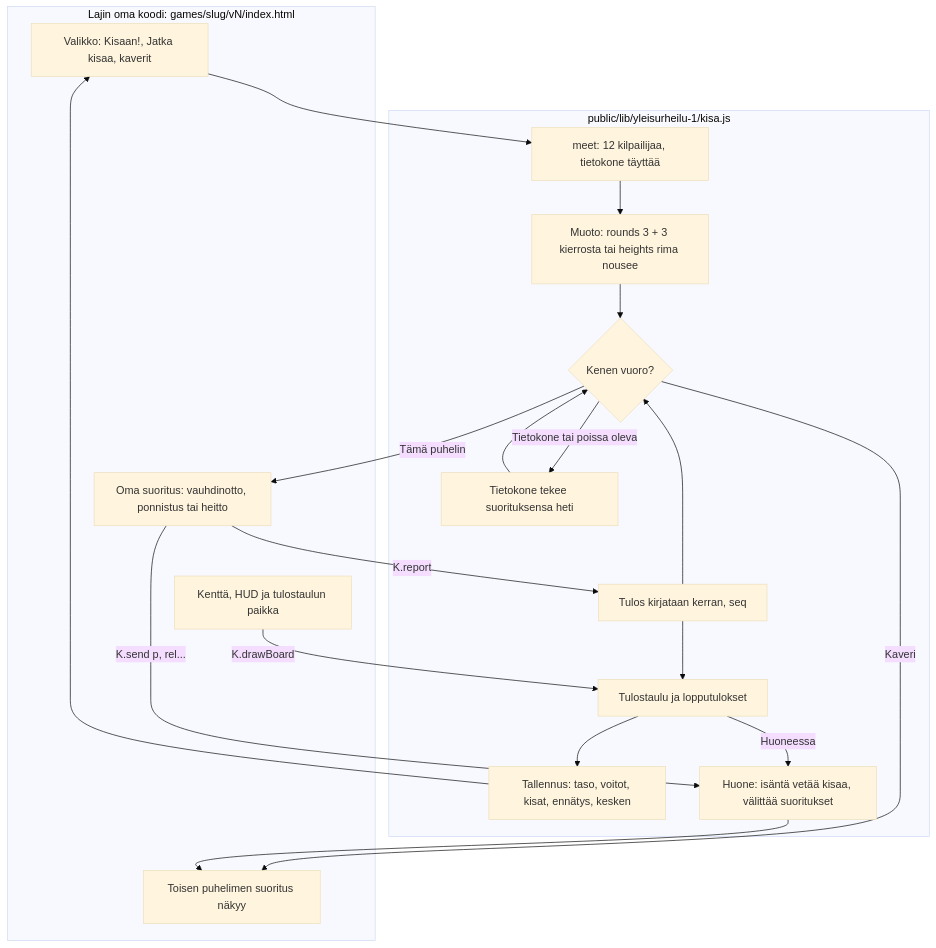
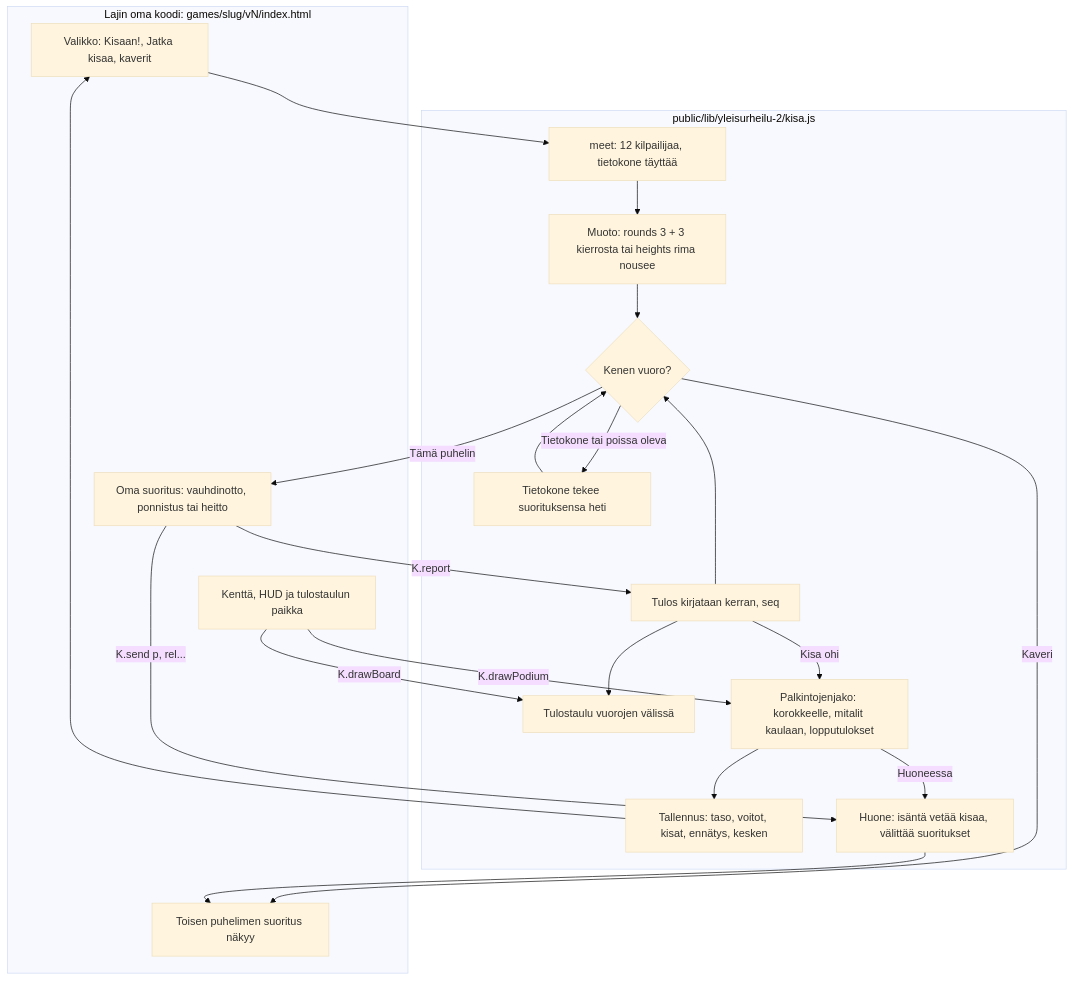
The diagram in docs/diagrams/yleisurheilu-kirjasto.md (eerovil/ai-pelit), drawn with Mermaid (base theme) before and after one commit. The commit also changed other lines of this file and 5 other files, not shown here.

````diff
--- a/docs/diagrams/yleisurheilu-kirjasto.md
+++ b/docs/diagrams/yleisurheilu-kirjasto.md
@@ -9,35 +11,38 @@
 ```mermaid
 flowchart TD
   subgraph Peli[Lajin oma koodi: games/slug/vN/index.html]
     G1[Valikko: Kisaan!, Jatka kisaa, kaverit]
     G2[Oma suoritus: vauhdinotto, ponnistus tai heitto]
     G3[Toisen puhelimen suoritus näkyy]
     G4[Kenttä, HUD ja tulostaulun paikka]
   end
-  subgraph Kirjasto[public/lib/yleisurheilu-1/kisa.js]
+  subgraph Kirjasto[public/lib/yleisurheilu-2/kisa.js]
     K1[meet: 12 kilpailijaa, tietokone täyttää]
     K2[Muoto: rounds 3 + 3 kierrosta tai heights rima nousee]
     K3{Kenen vuoro?}
     K4[Tietokone tekee suorituksensa heti]
     K5[Tulos kirjataan kerran, seq]
-    K6[Tulostaulu ja lopputulokset]
+    K6[Tulostaulu vuorojen välissä]
+    K9[Palkintojenjako: korokkeelle, mitalit kaulaan, lopputulokset]
     K7[Tallennus: taso, voitot, kisat, ennätys, kesken]
     K8[Huone: isäntä vetää kisaa, välittää suoritukset]
   end
   G1 --> K1 --> K2 --> K3
   K3 -- Tietokone tai poissa oleva --> K4 --> K3
   K3 -- Tämä puhelin --> G2
   K3 -- Kaveri --> G3
   G2 -- K.report --> K5
   G2 -- K.send p, rel... --> K8 --> G3
   K5 --> K3
   K5 --> K6
-  K6 --> K7 --> G1
-  K6 -- Huoneessa --> K8
+  K5 -- Kisa ohi --> K9
+  K9 --> K7 --> G1
+  K9 -- Huoneessa --> K8
   G4 -- K.drawBoard --> K6
+  G4 -- K.drawPodium --> K9
   class G1,G2,G4 blue
   class G3,K8 violet
   class K3 amber
   class K1,K2,K4,K5 teal
-  class K6,K7 green
+  class K6,K7,K9 green
 ```
````
